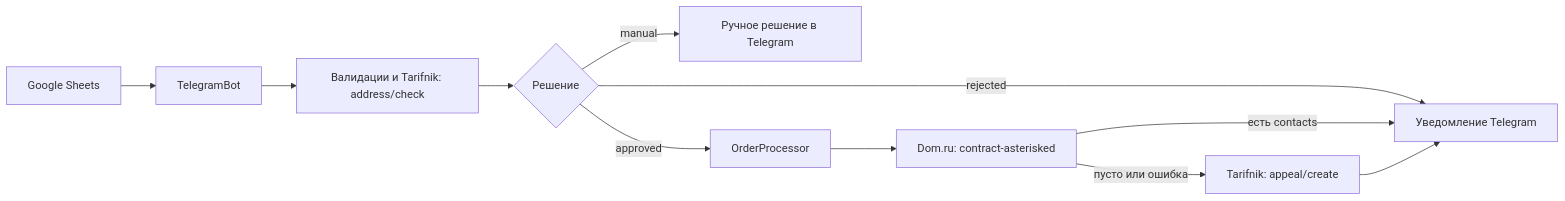
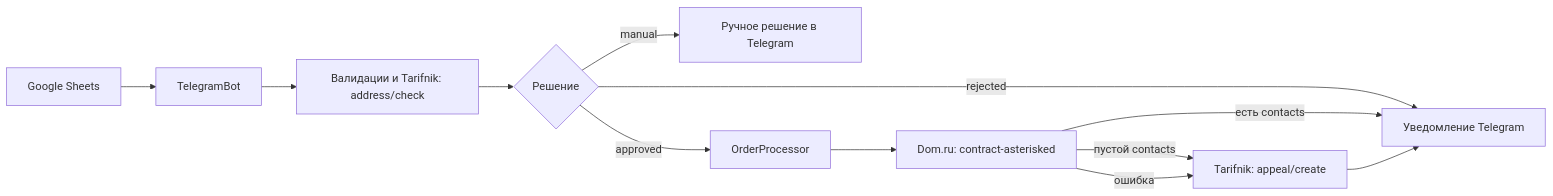
The diagram in docs/research/domru-smart-bot-api.md (Celtoman/astro-telekom), drawn with Mermaid before and after one commit. The commit also changed other lines of this file and 10 other files, not shown here.

````diff
--- a/docs/research/domru-smart-bot-api.md
+++ b/docs/research/domru-smart-bot-api.md
@@ -12,13 +14,14 @@
 ```mermaid
 flowchart LR
   S[Google Sheets] --> P[TelegramBot]
   P --> V[Валидации и Tarifnik: address/check]
   V --> D{Решение}
   D -->|rejected| T[Уведомление Telegram]
   D -->|manual| M[Ручное решение в Telegram]
   D -->|approved| R[OrderProcessor]
   R --> C[Dom.ru: contract-asterisked]
   C -->|есть contacts| T
-  C -->|пусто или ошибка| F[Tarifnik: appeal/create]
+  C -->|пустой contacts| F[Tarifnik: appeal/create]
+  C -->|ошибка| F
   F --> T
 ```
````
